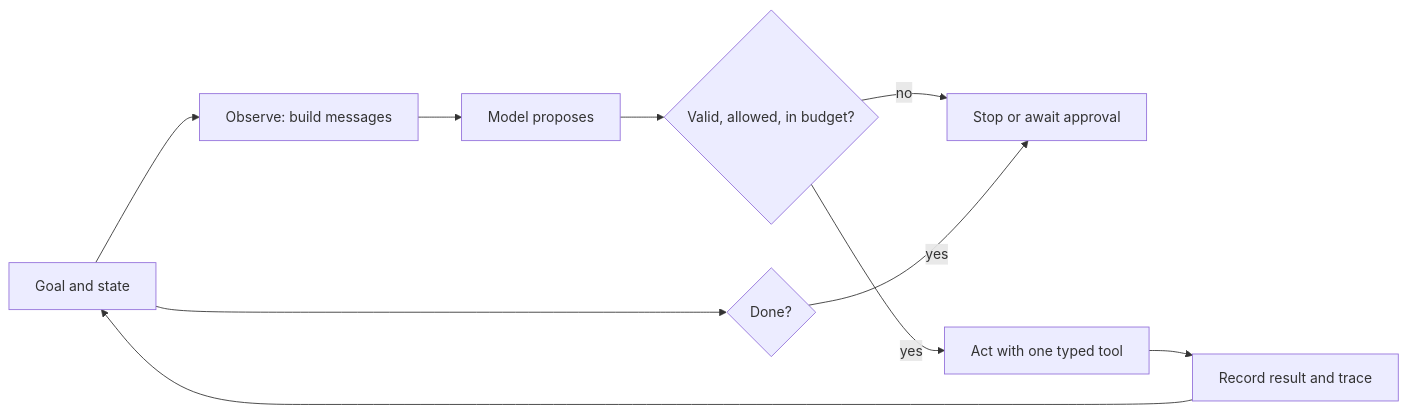
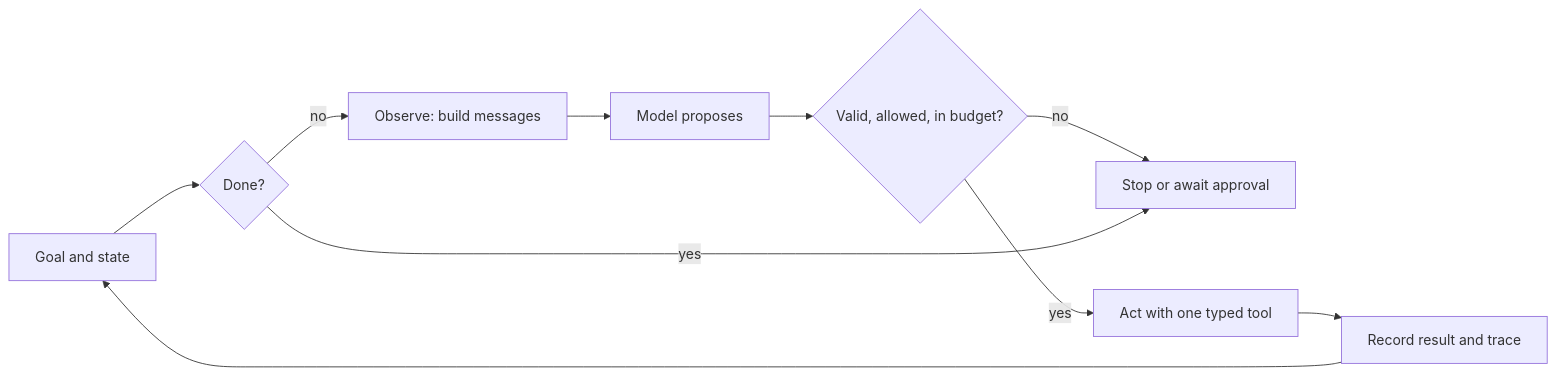
Before and after one commit to VikrantSingh01/Agentic_System_Design: the second of 3 diagrams in modules/02-smallest-useful-agent/chapters/08-agent-runtime.md, drawn with Mermaid. The commit also changed other lines of this file and 3 other files, not shown here.

Commit message:
Improve Module 2 diagram accessibility

````diff
--- a/modules/02-smallest-useful-agent/chapters/08-agent-runtime.md
+++ b/modules/02-smallest-useful-agent/chapters/08-agent-runtime.md
@@ -86,12 +86,12 @@
 ```mermaid
 flowchart LR
-    G[Goal and state] --> O[Observe: build messages]
+    G[Goal and state] --> D{Done?}
+    D -- no --> O[Observe: build messages]
     O --> M[Model proposes]
     M --> C{Valid, allowed, in budget?}
     C -- no --> X[Stop or await approval]
     C -- yes --> A[Act with one typed tool]
     A --> R[Record result and trace]
     R --> G
-    G --> D{Done?}
     D -- yes --> X
 ```
````
